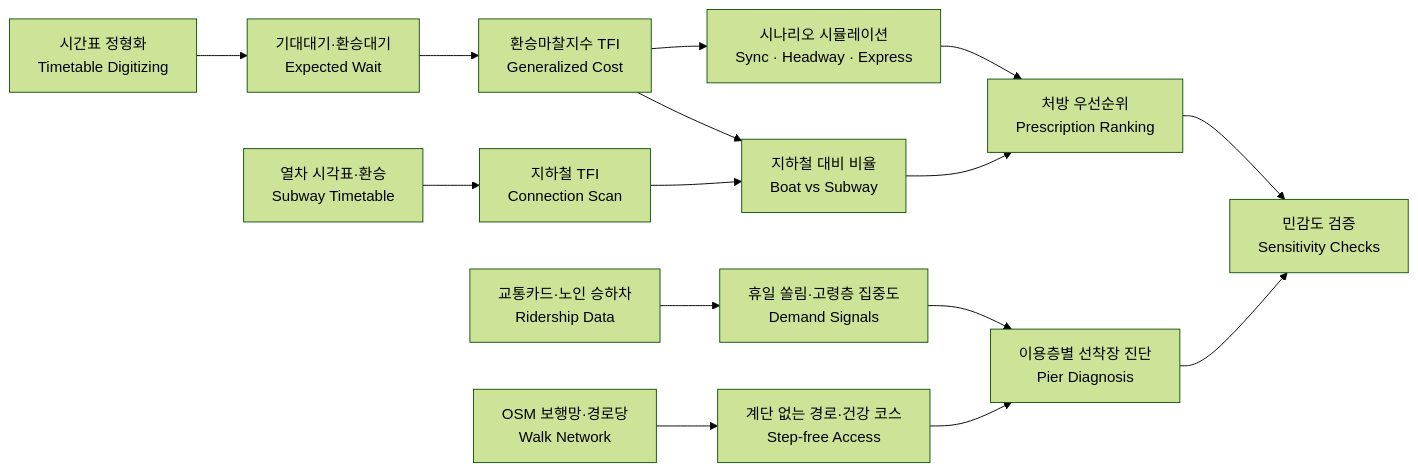
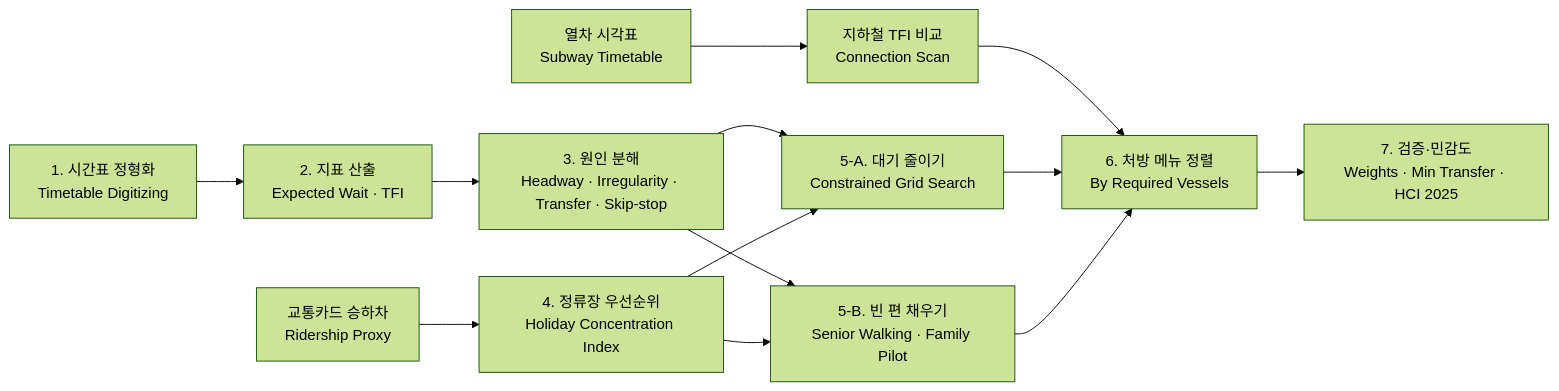
The diagram in README.md (hyooos/Hangang-Bus-Diagnosis), drawn with Mermaid (forest theme) before and after one commit. The commit also changed other lines of this file and 11 other files, not shown here.

Commit message:
Restructure to final recipe: wait decomposition, constrained timetable search

````diff
--- a/README.md
+++ b/README.md
@@ -128,26 +116,16 @@
 ```mermaid
 flowchart LR
 
-A["시간표 정형화<br/>Timetable Digitizing"]
-B["교통카드·노인 승하차<br/>Ridership Data"]
-C["열차 시각표·환승<br/>Subway Timetable"]
-D["OSM 보행망·경로당<br/>Walk Network"]
-
-A --> E["기대대기·환승대기<br/>Expected Wait"]
-E --> F["환승마찰지수 TFI<br/>Generalized Cost"]
-C --> G["지하철 TFI<br/>Connection Scan"]
-F --> H["시나리오 시뮬레이션<br/>Sync · Headway · Express"]
-F --> I["지하철 대비 비율<br/>Boat vs Subway"]
-G --> I
-
-B --> J["휴일 쏠림·고령층 집중도<br/>Demand Signals"]
-D --> K["계단 없는 경로·건강 코스<br/>Step-free Access"]
-
-H --> L["처방 우선순위<br/>Prescription Ranking"]
-I --> L
-J --> M["이용층별 선착장 진단<br/>Pier Diagnosis"]
-K --> M
-
-L --> N["민감도 검증<br/>Sensitivity Checks"]
-M --> N
+A["1. 시간표 정형화<br/>Timetable Digitizing"] --> B["2. 지표 산출<br/>Expected Wait · TFI"]
+B --> C["3. 원인 분해<br/>Headway · Irregularity · Transfer · Skip-stop"]
+D["교통카드 승하차<br/>Ridership Proxy"] --> E["4. 정류장 우선순위<br/>Holiday Concentration Index"]
+C --> F["5-A. 대기 줄이기<br/>Constrained Grid Search"]
+E --> F
+C --> G["5-B. 빈 편 채우기<br/>Senior Walking · Family Pilot"]
+E --> G
+H["열차 시각표<br/>Subway Timetable"] --> I["지하철 TFI 비교<br/>Connection Scan"]
+I --> J["6. 처방 메뉴 정렬<br/>By Required Vessels"]
+F --> J
+G --> J
+J --> K["7. 검증·민감도<br/>Weights · Min Transfer · HCI 2025"]
 ```
````
